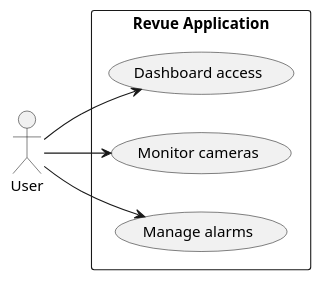
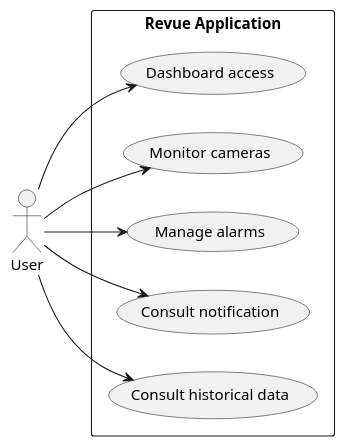
Before and after one commit to revue-org/revue: the diagram in docs/uml/requirements/UseCase.plantuml, drawn with PlantUML.

Commit message:
chore: add UC 4 and 5 to cover notification and historical data

```diff
--- a/docs/uml/requirements/UseCase.plantuml
+++ b/docs/uml/requirements/UseCase.plantuml
@@ -1,12 +1,16 @@
 @startuml
 left to right direction
 actor "User" as fc
 rectangle "Revue Application" {
   usecase "Dashboard access" as UC1
   usecase "Monitor cameras" as UC2
   usecase "Manage alarms" as UC3
+  usecase "Consult notification" as UC4
+  usecase "Consult historical data" as UC5
 }
 fc --> UC1
 fc --> UC2
 fc --> UC3
+fc --> UC4
+fc --> UC5
 @enduml
```
